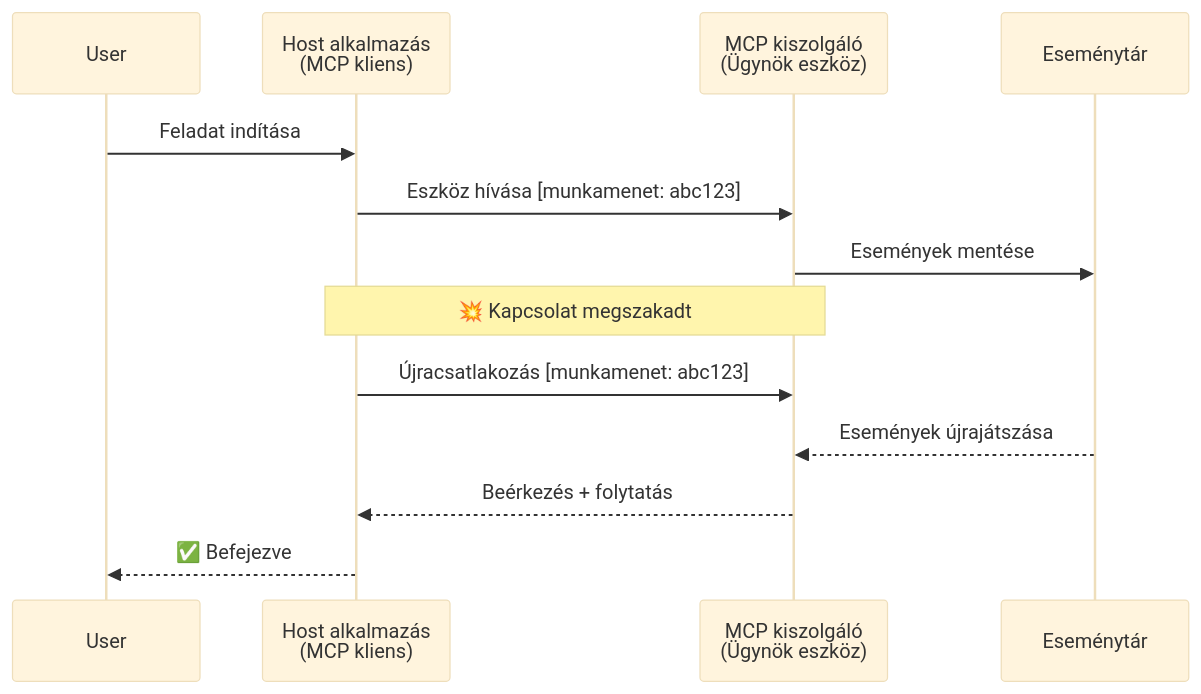
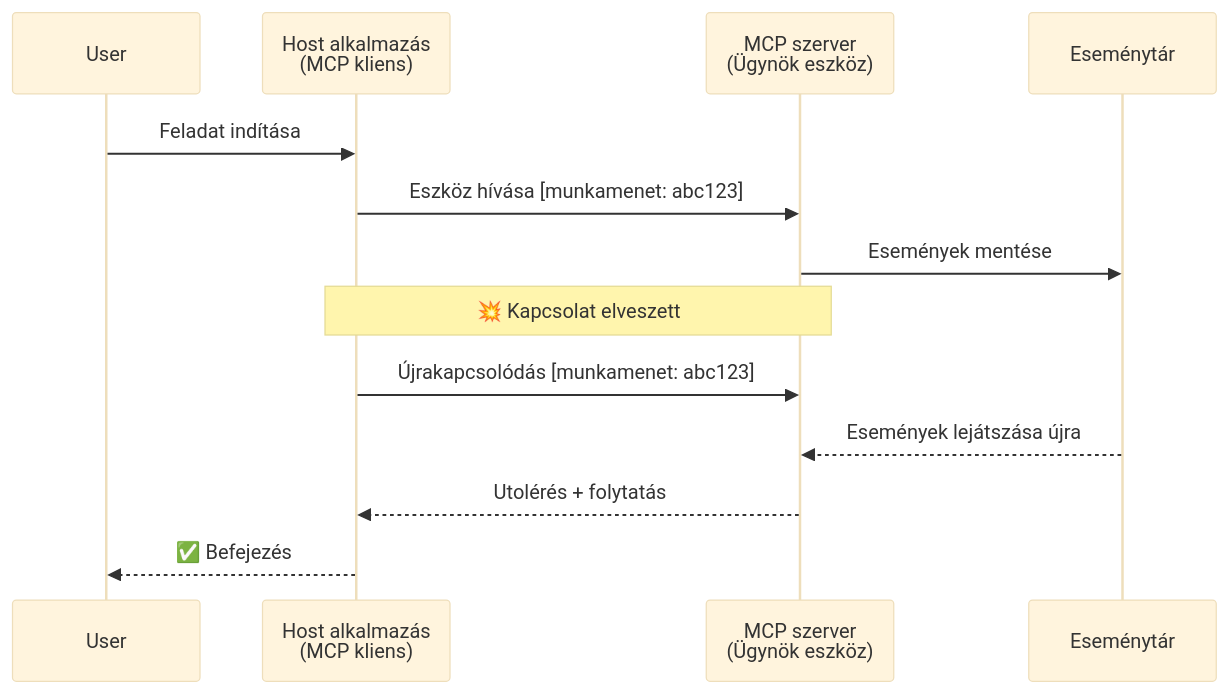
One commit to gabrielmoreira/agent-skills-mirror changed the second of 5 diagrams in mirrors/repos/microsoft@ai-agents-for-beginners/translations/hu/11-agentic-protocols/code_samples/mcp-agents/README.md. Above: the diagram before and after it, drawn with Mermaid (base theme). The commit also changed other lines of this file and 4262 other files, not shown here.

````diff
--- a/mirrors/repos/microsoft@ai-agents-for-beginners/translations/hu/11-agentic-protocols/code_samples/mcp-agents/README.md
+++ b/mirrors/repos/microsoft@ai-agents-for-beginners/translations/hu/11-agentic-protocols/code_samples/mcp-agents/README.md
@@ -82,18 +82,18 @@
 ```mermaid
 sequenceDiagram
     participant User
     participant Host as Host alkalmazás<br/>(MCP kliens)
-    participant Server as MCP kiszolgáló<br/>(Ügynök eszköz)
+    participant Server as MCP szerver<br/>(Ügynök eszköz)
     participant Store as Eseménytár
 
     User->>Host: Feladat indítása
     Host->>Server: Eszköz hívása [munkamenet: abc123]
     Server->>Store: Események mentése
 
-    Note over Host,Server: 💥 Kapcsolat megszakadt
+    Note over Host,Server: 💥 Kapcsolat elveszett
 
-    Host->>Server: Újracsatlakozás [munkamenet: abc123]
-    Store-->>Server: Események újrajátszása
-    Server-->>Host: Beérkezés + folytatás
-    Host-->>User: ✅ Befejezve
+    Host->>Server: Újrakapcsolódás [munkamenet: abc123]
+    Store-->>Server: Események lejátszása újra
+    Server-->>Host: Utolérés + folytatás
+    Host-->>User: ✅ Befejezés
 ```
````
